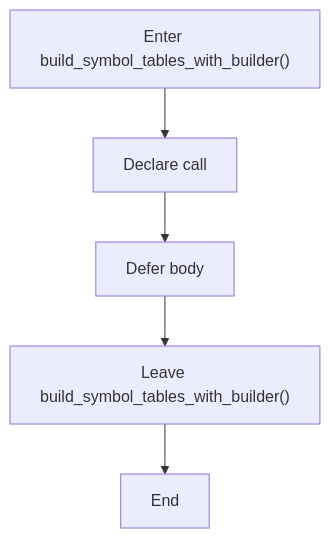
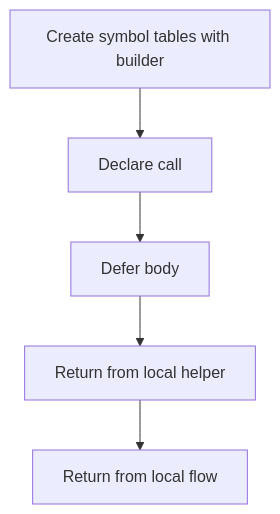
The sixth of 6 diagrams in docs/Codebase/Microservice/Modules/Header/SyntacticBrokenAST/Analysis/ImplementationUse/Resolution/Symbols/Internal/Flow/parse_tree_symbols_internal_program_flow.hpp.md (JohnAndrewBalbarosa/NeoTerritory), drawn with Mermaid before and after one commit. The commit also changed other lines of this file and 915 other files, not shown here.

````diff
--- a/docs/Codebase/Microservice/Modules/Header/SyntacticBrokenAST/Analysis/ImplementationUse/Resolution/Symbols/Internal/Flow/parse_tree_symbols_internal_program_flow.hpp.md
+++ b/docs/Codebase/Microservice/Modules/Header/SyntacticBrokenAST/Analysis/ImplementationUse/Resolution/Symbols/Internal/Flow/parse_tree_symbols_internal_program_flow.hpp.md
@@ -145,12 +145,12 @@
 ```mermaid
 flowchart TD
-    N0["Enter build_symbol_tables_with_builder()"]
+    N0["Create symbol tables with builder"]
     N1["Declare call"]
     N2["Defer body"]
-    N3["Leave build_symbol_tables_with_builder()"]
-    N4["End"]
+    N3["Return from local helper"]
+    N4["Return from local flow"]
     N0 --> N1
     N1 --> N2
     N2 --> N3
     N3 --> N4
 ```
````
